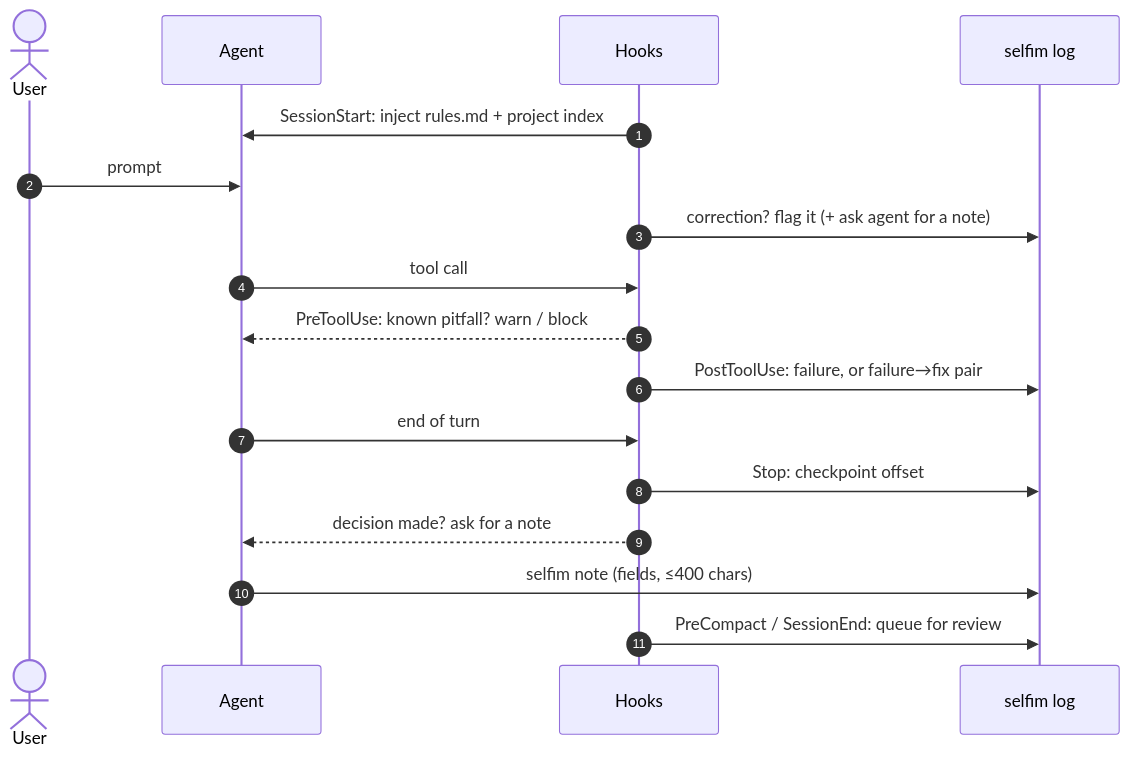
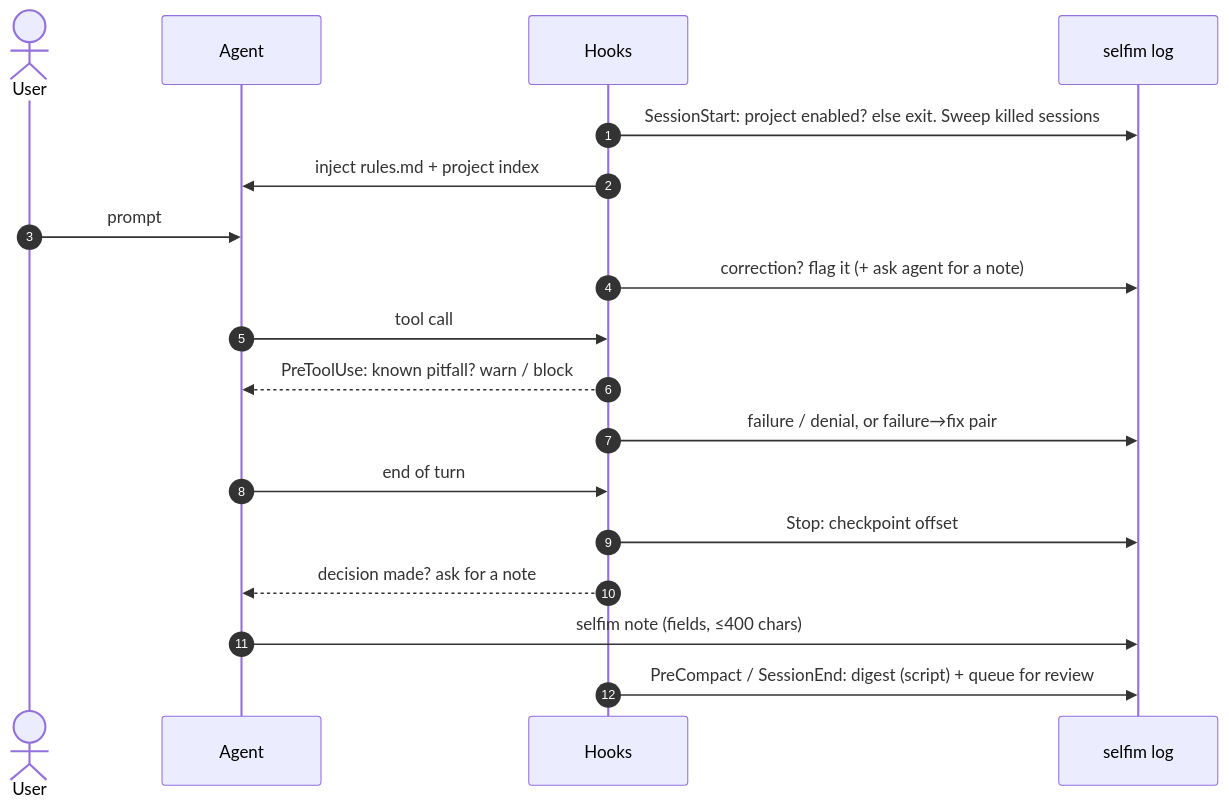
The second of 4 diagrams in self-improvements/README.md (Juansasa/supermem), drawn with Mermaid before and after one commit. The commit also changed other lines of this file and 10 other files, not shown here.

````diff
--- a/self-improvements/README.md
+++ b/self-improvements/README.md
@@ -46,20 +46,21 @@
 ```mermaid
 sequenceDiagram
   autonumber
   actor User
   participant Agent
   participant Hooks
   participant Log as selfim log
 
-  Hooks->>Agent: SessionStart: inject rules.md + project index
+  Hooks->>Log: SessionStart: project enabled? else exit. Sweep killed sessions
+  Hooks->>Agent: inject rules.md + project index
   User->>Agent: prompt
   Hooks->>Log: correction? flag it (+ ask agent for a note)
   Agent->>Hooks: tool call
   Hooks-->>Agent: PreToolUse: known pitfall? warn / block
-  Hooks->>Log: PostToolUse: failure, or failure→fix pair
+  Hooks->>Log: failure / denial, or failure→fix pair
   Agent->>Hooks: end of turn
   Hooks->>Log: Stop: checkpoint offset
   Hooks-->>Agent: decision made? ask for a note
   Agent->>Log: selfim note (fields, ≤400 chars)
-  Hooks->>Log: PreCompact / SessionEnd: queue for review
+  Hooks->>Log: PreCompact / SessionEnd: digest (script) + queue for review
 ```
````
